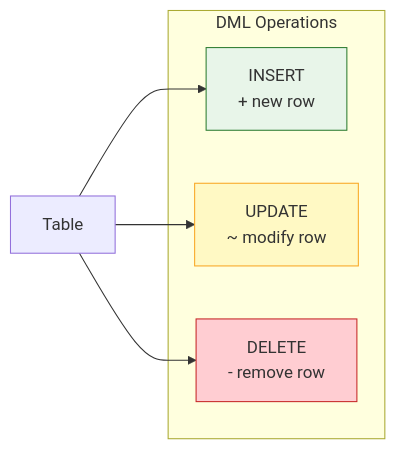
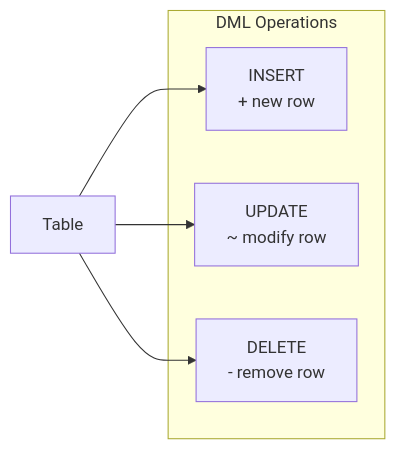
The diagram in docs/en/intermediate/14-dml.md (civilian7/sql-tutorial), drawn with Mermaid before and after one commit. The commit also changed other lines of this file and 101 other files, not shown here.

````diff
--- a/docs/en/intermediate/14-dml.md
+++ b/docs/en/intermediate/14-dml.md
@@ -7,14 +7,11 @@
 ```mermaid
 flowchart LR
     subgraph "DML Operations"
         I["INSERT\n+ new row"]
         U["UPDATE\n~ modify row"]
         D["DELETE\n- remove row"]
     end
     T["Table"] --> I
     T --> U
     T --> D
-    style I fill:#e8f5e9,stroke:#2e7d32
-    style U fill:#fff9c4,stroke:#f9a825
-    style D fill:#ffcdd2,stroke:#c62828
 ```
````
